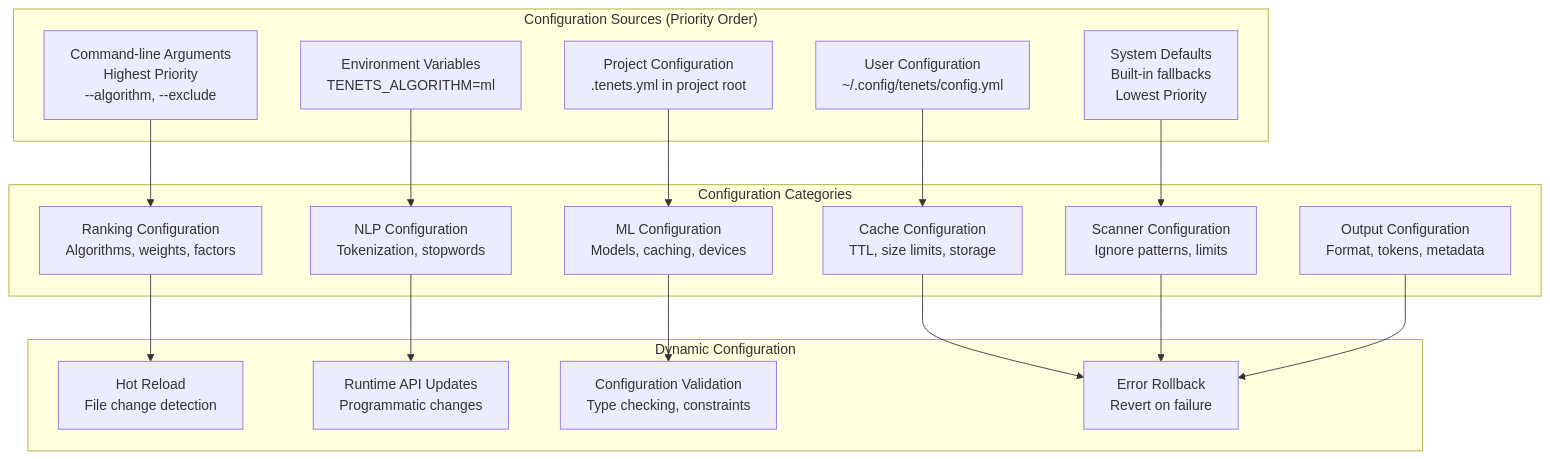
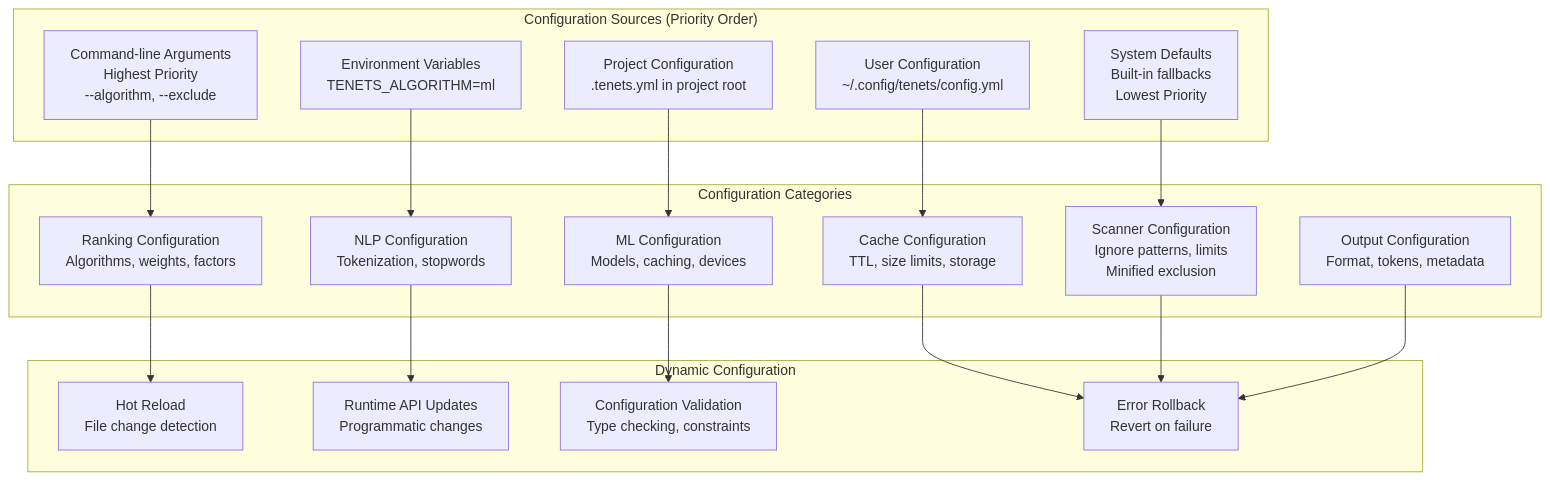
Diagram 21 of 32 in docs/ARCHITECTURE.md (jddunn/tenets), drawn with Mermaid before and after one commit. The commit also changed other lines of this file and 19 other files, not shown here.

````diff
--- a/docs/ARCHITECTURE.md
+++ b/docs/ARCHITECTURE.md
@@ -1184,39 +1500,39 @@
 ```mermaid
 graph TB
     subgraph "Configuration Sources (Priority Order)"
         CLI[Command-line Arguments<br/>Highest Priority<br/>--algorithm, --exclude]
         ENV[Environment Variables<br/>TENETS_ALGORITHM=ml]
         PROJECT[Project Configuration<br/>.tenets.yml in project root]
         USER[User Configuration<br/>~/.config/tenets/config.yml]
         SYSTEM[System Defaults<br/>Built-in fallbacks<br/>Lowest Priority]
     end
 
     subgraph "Configuration Categories"
         RANKING_CONFIG[Ranking Configuration<br/>Algorithms, weights, factors]
         NLP_CONFIG[NLP Configuration<br/>Tokenization, stopwords]
         ML_CONFIG[ML Configuration<br/>Models, caching, devices]
         CACHE_CONFIG[Cache Configuration<br/>TTL, size limits, storage]
-        SCANNER_CONFIG[Scanner Configuration<br/>Ignore patterns, limits]
+        SCANNER_CONFIG[Scanner Configuration<br/>Ignore patterns, limits<br/>Minified exclusion]
         OUTPUT_CONFIG[Output Configuration<br/>Format, tokens, metadata]
     end
 
     subgraph "Dynamic Configuration"
         HOT_RELOAD[Hot Reload<br/>File change detection]
         API_UPDATE[Runtime API Updates<br/>Programmatic changes]
         VALIDATION[Configuration Validation<br/>Type checking, constraints]
         ROLLBACK[Error Rollback<br/>Revert on failure]
     end
 
     CLI --> RANKING_CONFIG
     ENV --> NLP_CONFIG
     PROJECT --> ML_CONFIG
     USER --> CACHE_CONFIG
     SYSTEM --> SCANNER_CONFIG
 
     RANKING_CONFIG --> HOT_RELOAD
     NLP_CONFIG --> API_UPDATE
     ML_CONFIG --> VALIDATION
     CACHE_CONFIG --> ROLLBACK
     SCANNER_CONFIG --> ROLLBACK
     OUTPUT_CONFIG --> ROLLBACK
 ```
````
